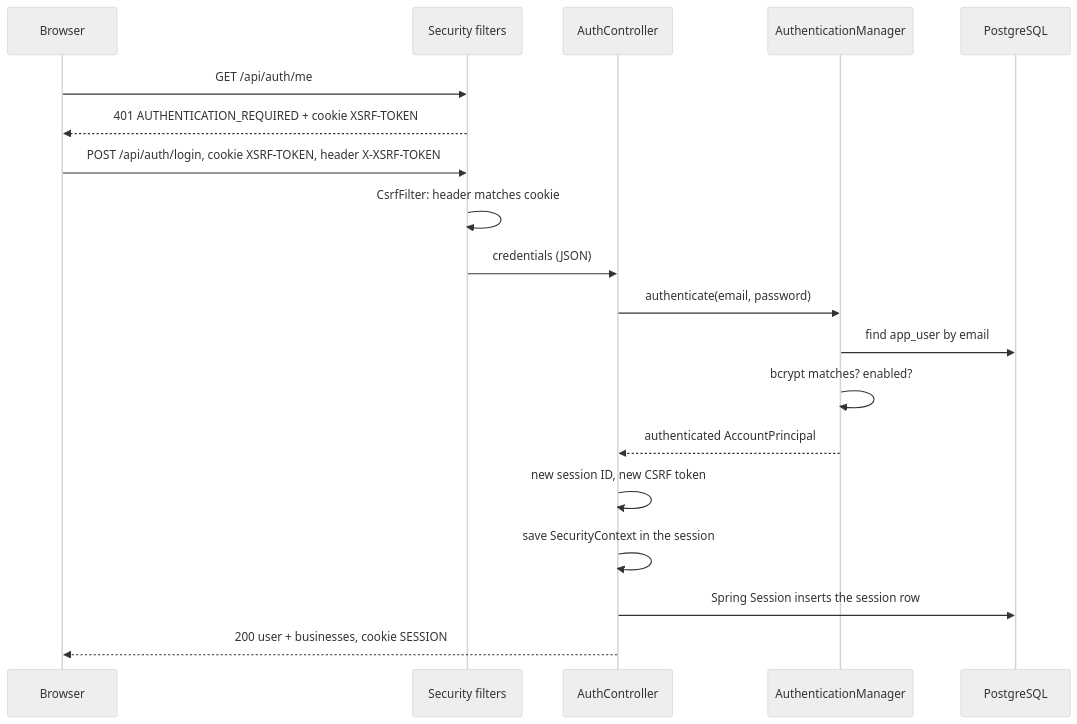
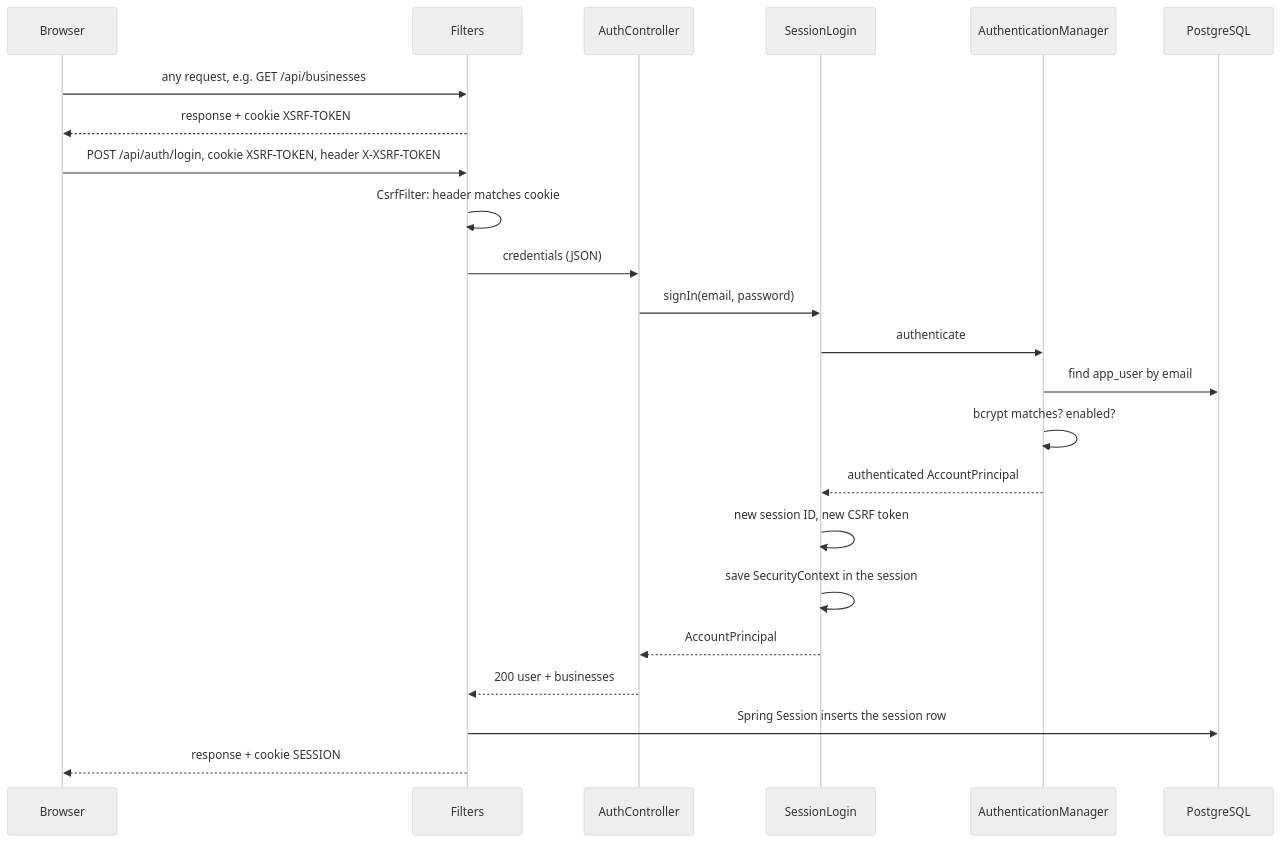
One commit to landoicco/itacatl changed the second of 2 diagrams in docs/security.md. Above: the diagram before and after it, drawn with Mermaid (neutral theme). The commit also changed other lines of this file and 3 other files, not shown here.

````diff
--- a/docs/security.md
+++ b/docs/security.md
@@ -100,21 +101,25 @@
 ```mermaid
 sequenceDiagram
     participant B as Browser
-    participant F as Security filters
+    participant F as Filters
     participant A as AuthController
+    participant L as SessionLogin
     participant M as AuthenticationManager
     participant DB as PostgreSQL
-    B->>F: GET /api/auth/me
-    F-->>B: 401 AUTHENTICATION_REQUIRED + cookie XSRF-TOKEN
+    B->>F: any request, e.g. GET /api/businesses
+    F-->>B: response + cookie XSRF-TOKEN
     B->>F: POST /api/auth/login, cookie XSRF-TOKEN, header X-XSRF-TOKEN
     F->>F: CsrfFilter: header matches cookie
     F->>A: credentials (JSON)
-    A->>M: authenticate(email, password)
+    A->>L: signIn(email, password)
+    L->>M: authenticate
     M->>DB: find app_user by email
     M->>M: bcrypt matches? enabled?
-    M-->>A: authenticated AccountPrincipal
-    A->>A: new session ID, new CSRF token
-    A->>A: save SecurityContext in the session
-    A->>DB: Spring Session inserts the session row
-    A-->>B: 200 user + businesses, cookie SESSION
+    M-->>L: authenticated AccountPrincipal
+    L->>L: new session ID, new CSRF token
+    L->>L: save SecurityContext in the session
+    L-->>A: AccountPrincipal
+    A-->>F: 200 user + businesses
+    F->>DB: Spring Session inserts the session row
+    F-->>B: response + cookie SESSION
 ```
````
